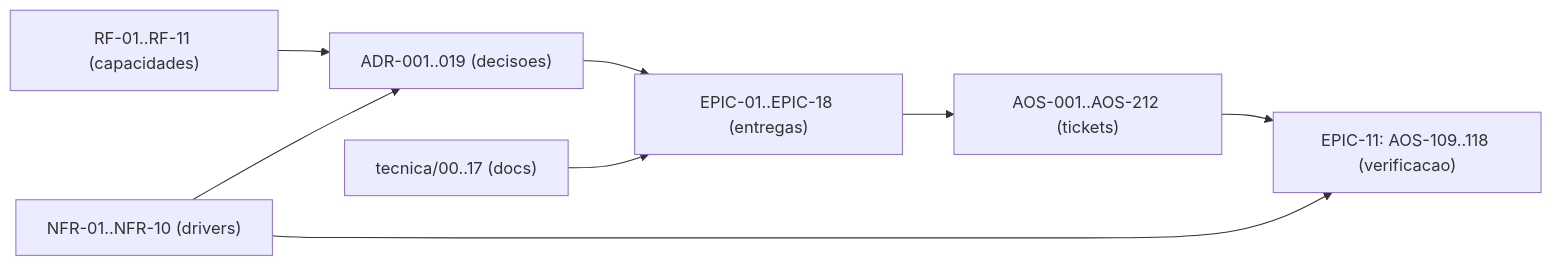
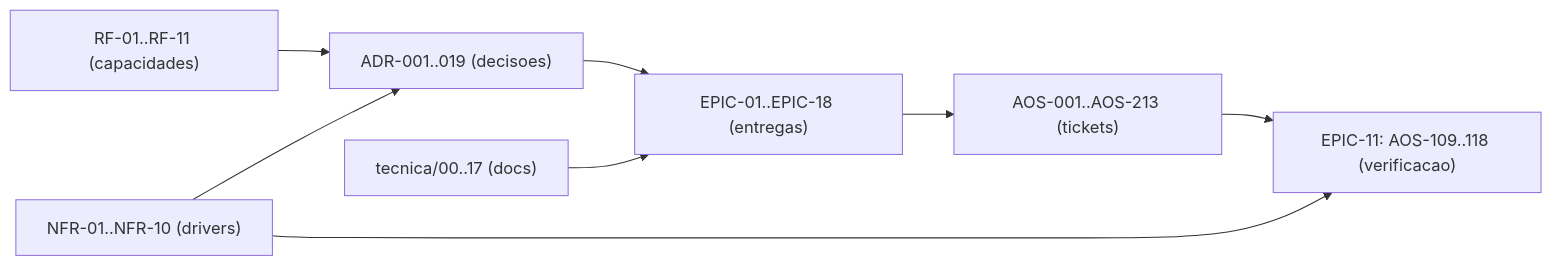
One commit to albinoJimy/aos changed the diagram in tecnica/16_Rastreabilidade_RTM.md. Above: the diagram before and after it, drawn with Mermaid. The commit also changed other lines of this file and 1 other file, not shown here.

First line of the commit message:
docs(AOS-213): formalizar a superficie de administracao do CON-02 (EPIC-18)

````diff
--- a/tecnica/16_Rastreabilidade_RTM.md
+++ b/tecnica/16_Rastreabilidade_RTM.md
@@ -169,10 +169,10 @@
 ```mermaid
 flowchart LR
     RF["RF-01..RF-11 (capacidades)"] --> ADR["ADR-001..019 (decisoes)"]
     NFR["NFR-01..NFR-10 (drivers)"] --> ADR
     ADR --> EPIC["EPIC-01..EPIC-18 (entregas)"]
-    EPIC --> TICK["AOS-001..AOS-212 (tickets)"]
+    EPIC --> TICK["AOS-001..AOS-213 (tickets)"]
     DOC["tecnica/00..17 (docs)"] --> EPIC
     TICK --> TEST["EPIC-11: AOS-109..118 (verificacao)"]
     NFR --> TEST
 ```
````
